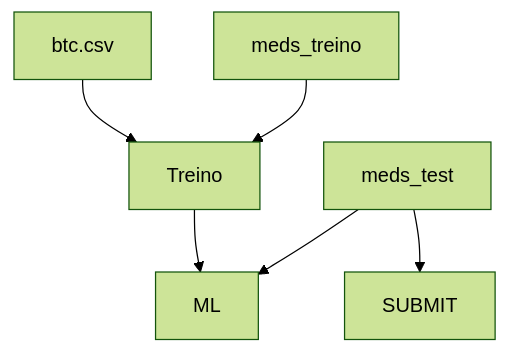
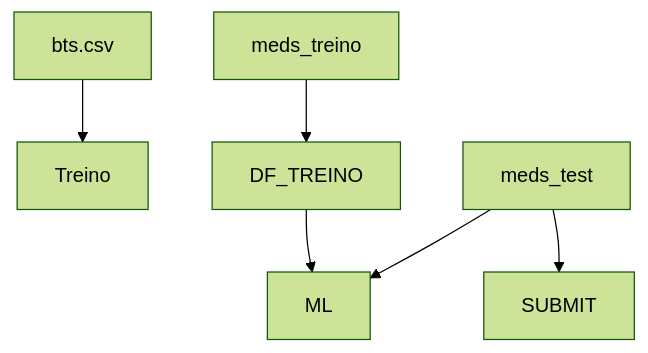
One commit to timotrob/PComLocDados changed the diagram in README.md. Above: the diagram before and after it, drawn with Mermaid (forest theme). The commit also changed other lines of this file, not shown here.

````diff
--- a/README.md
+++ b/README.md
@@ -88,8 +89,8 @@
 ```mermaid
 graph TD;
-    btc.csv-->Treino;
-    meds_treino-->Treino;
-     Treino-->ML;
+    bts.csv-->Treino;
+    meds_treino-->DF_TREINO;
+     DF_TREINO-->ML;
      meds_test-->ML;
     meds_test-->SUBMIT;
 ```
````
